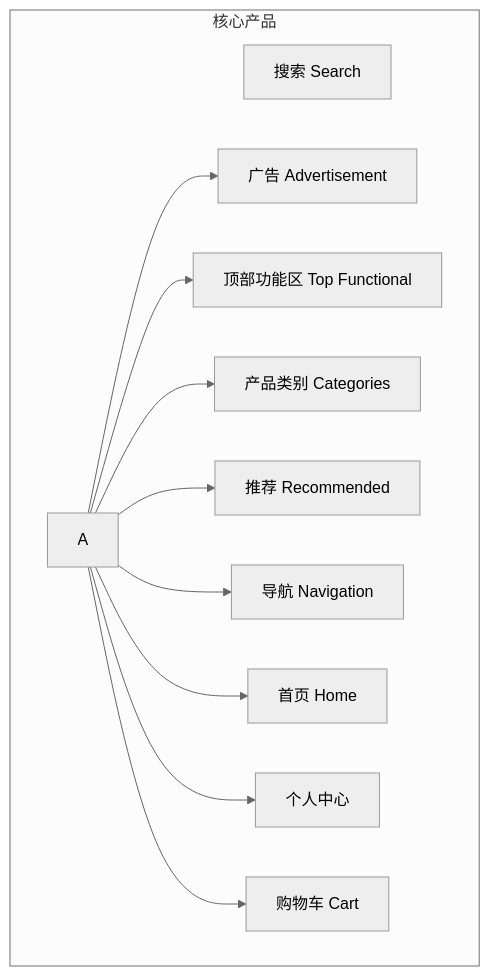
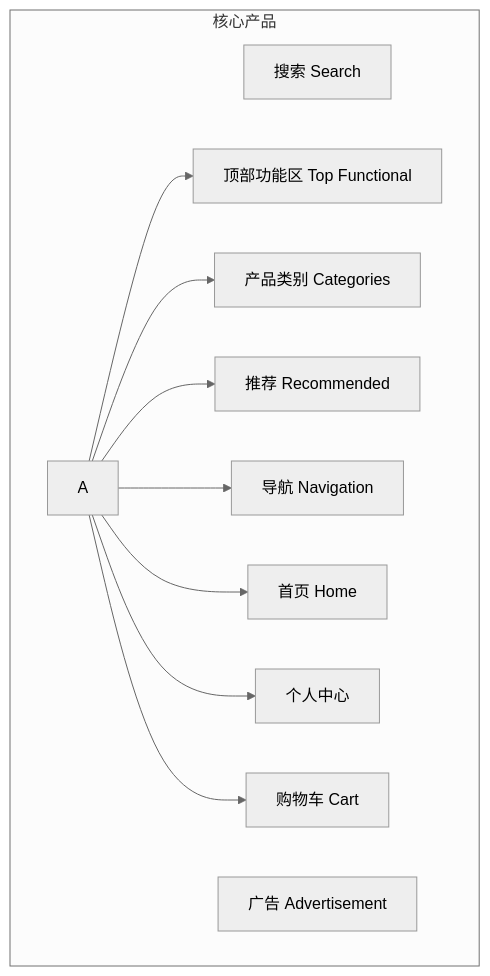
One commit to Zora0203/iodraw-files changed the diagram in all/TEMU链路图.md. Above: the diagram before and after it, drawn with Mermaid (neutral theme).

Commit message:
2025-03-02 19:02:07 update

````diff
--- a/all/TEMU链路图.md
+++ b/all/TEMU链路图.md
@@ -1,18 +1,18 @@
 ```mermaid
 flowchart TB
 
 
     subgraph 核心产品
     B[搜索 Search]
-    A --> C[广告 Advertisement]
+    C[广告 Advertisement]
     A --> D[顶部功能区 Top Functional]
     A --> H[产品类别 Categories]
     A --> I[推荐 Recommended]
     A --> J[导航 Navigation]
     A --> K[首页 Home]
     A --> M[个人中心]
     A --> N[购物车 Cart]
     end
     
    
 ```
````
